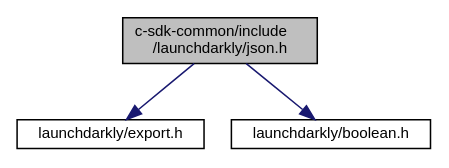
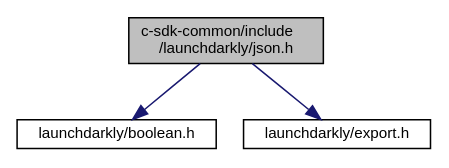
One commit to launchdarkly/c-server-sdk changed the diagram in json_8h__incl.dot. Above: the diagram before and after it, drawn with Graphviz. The commit also changed 56 other files, not shown here.

```diff
--- a/json_8h__incl.dot
+++ b/json_8h__incl.dot
@@ -1,10 +1,10 @@
 digraph "c-sdk-common/include/launchdarkly/json.h"
 {
   edge [fontname="Helvetica",fontsize="10",labelfontname="Helvetica",labelfontsize="10"];
   node [fontname="Helvetica",fontsize="10",shape=record];
   Node0 [label="c-sdk-common/include\l/launchdarkly/json.h",height=0.2,width=0.4,color="black", fillcolor="grey75", style="filled", fontcolor="black"];
   Node0 -> Node1 [color="midnightblue",fontsize="10",style="solid",fontname="Helvetica"];
-  Node1 [label="launchdarkly/export.h",height=0.2,width=0.4,color="black", fillcolor="white", style="filled",URL="$export_8h.html",tooltip="Public. Configuration of exported symbols. "];
+  Node1 [label="launchdarkly/boolean.h",height=0.2,width=0.4,color="black", fillcolor="white", style="filled",URL="$boolean_8h.html",tooltip="A custom c89 boolean type. "];
   Node0 -> Node2 [color="midnightblue",fontsize="10",style="solid",fontname="Helvetica"];
-  Node2 [label="launchdarkly/boolean.h",height=0.2,width=0.4,color="black", fillcolor="white", style="filled",URL="$boolean_8h.html",tooltip="A custom c89 boolean type. "];
+  Node2 [label="launchdarkly/export.h",height=0.2,width=0.4,color="black", fillcolor="white", style="filled",URL="$export_8h.html",tooltip="Public. Configuration of exported symbols. "];
 }
```
